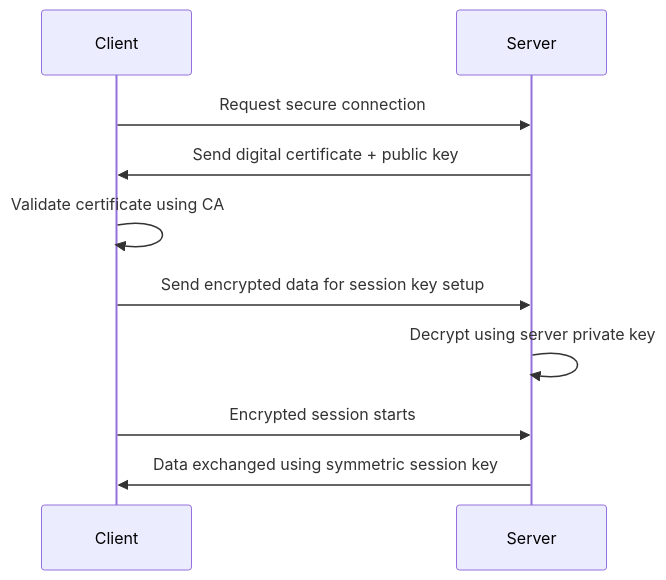
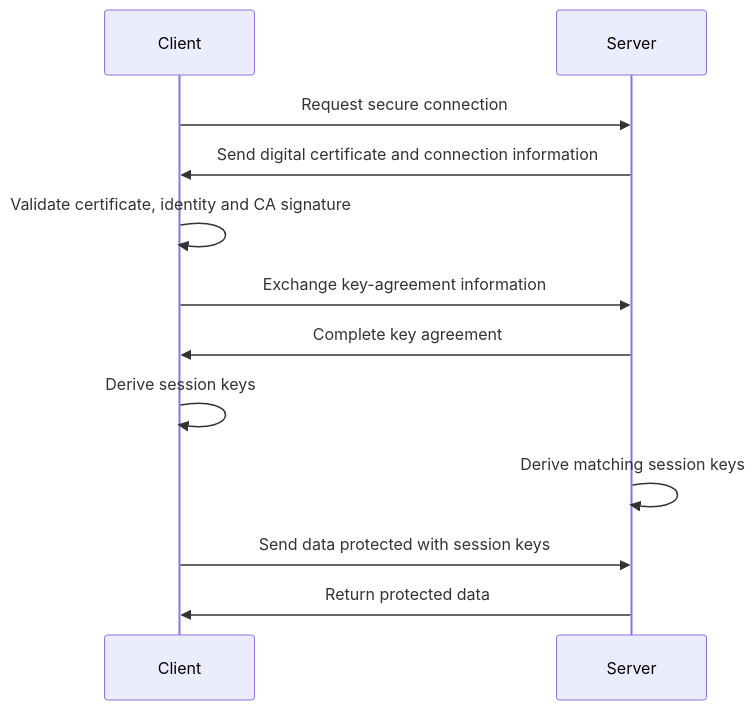
The fourth of 11 diagrams in a2-9618/chapter-17.md (whuang0428/cs-web-checklist), drawn with Mermaid before and after one commit. The commit also changed other lines of this file and 11 other files, not shown here.

````diff
--- a/a2-9618/chapter-17.md
+++ b/a2-9618/chapter-17.md
@@ -319,12 +319,14 @@
 ```mermaid
 sequenceDiagram
     participant C as Client
     participant S as Server
     C->>S: Request secure connection
-    S->>C: Send digital certificate + public key
-    C->>C: Validate certificate using CA
-    C->>S: Send encrypted data for session key setup
-    S->>S: Decrypt using server private key
-    C->>S: Encrypted session starts
-    S->>C: Data exchanged using symmetric session key
+    S->>C: Send digital certificate and connection information
+    C->>C: Validate certificate, identity and CA signature
+    C->>S: Exchange key-agreement information
+    S->>C: Complete key agreement
+    C->>C: Derive session keys
+    S->>S: Derive matching session keys
+    C->>S: Send data protected with session keys
+    S->>C: Return protected data
 ```
````
